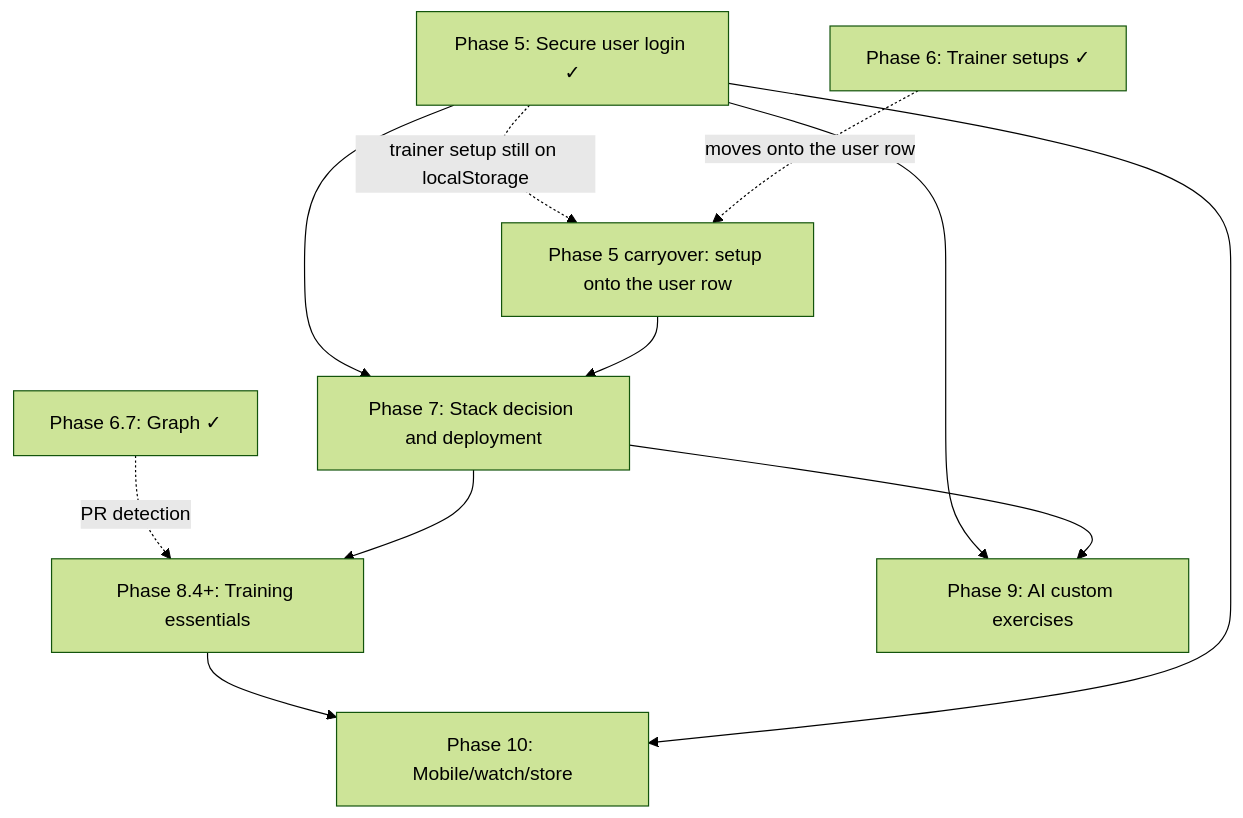
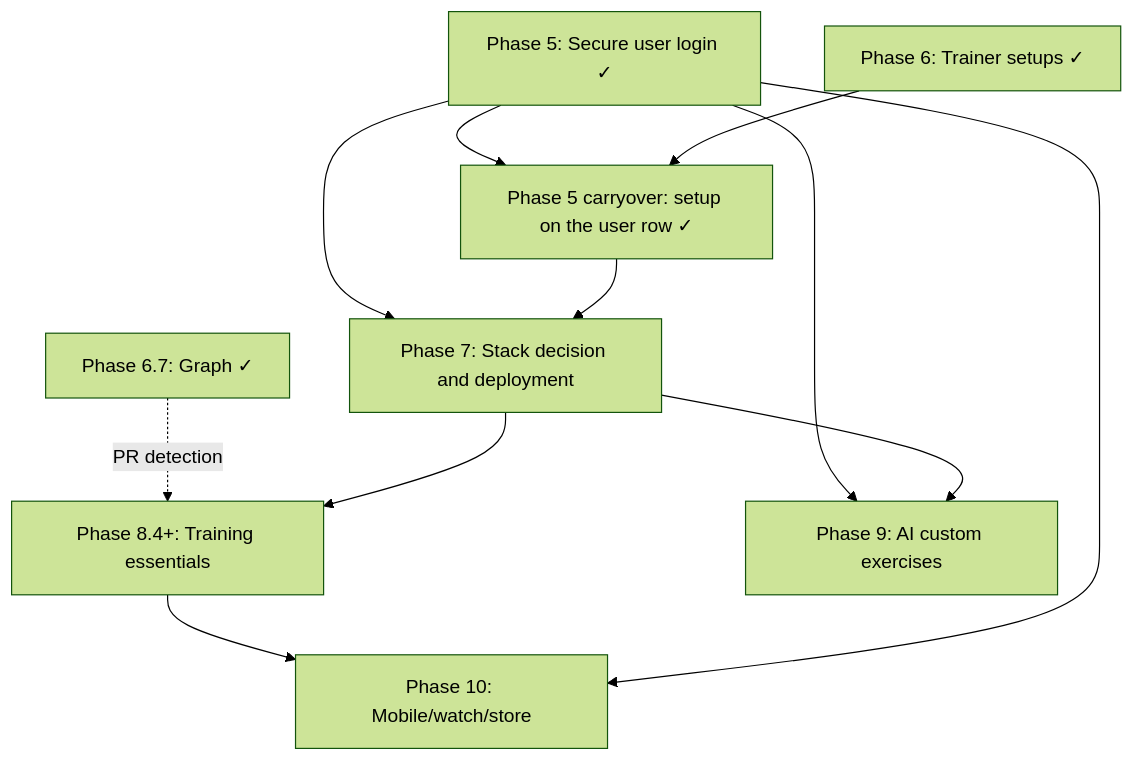
The diagram in docs/ROADMAP.md (justins-li/Body-Shop), drawn with Mermaid (forest theme) before and after one commit. The commit also changed other lines of this file and 3 other files, not shown here.

First line of the commit message:
Document the trainer setup's new home

````diff
--- a/docs/ROADMAP.md
+++ b/docs/ROADMAP.md
@@ -181,13 +179,13 @@
 ```mermaid
 graph TD
-  P5[Phase 5: Secure user login ✓] -.trainer setup still on localStorage.-> P5a[Phase 5 carryover: setup onto the user row]
-  P6[Phase 6: Trainer setups ✓] -.moves onto the user row.-> P5a
+  P5[Phase 5: Secure user login ✓] --> P5a[Phase 5 carryover: setup on the user row ✓]
+  P6[Phase 6: Trainer setups ✓] --> P5a
   P67[Phase 6.7: Graph ✓] -.PR detection.-> P8
   P5 --> P7[Phase 7: Stack decision and deployment]
   P5a --> P7
   P7 --> P8[Phase 8.4+: Training essentials]
   P5 --> P9[Phase 9: AI custom exercises]
   P7 --> P9
   P8 --> P10[Phase 10: Mobile/watch/store]
   P5 --> P10
 ```
````
